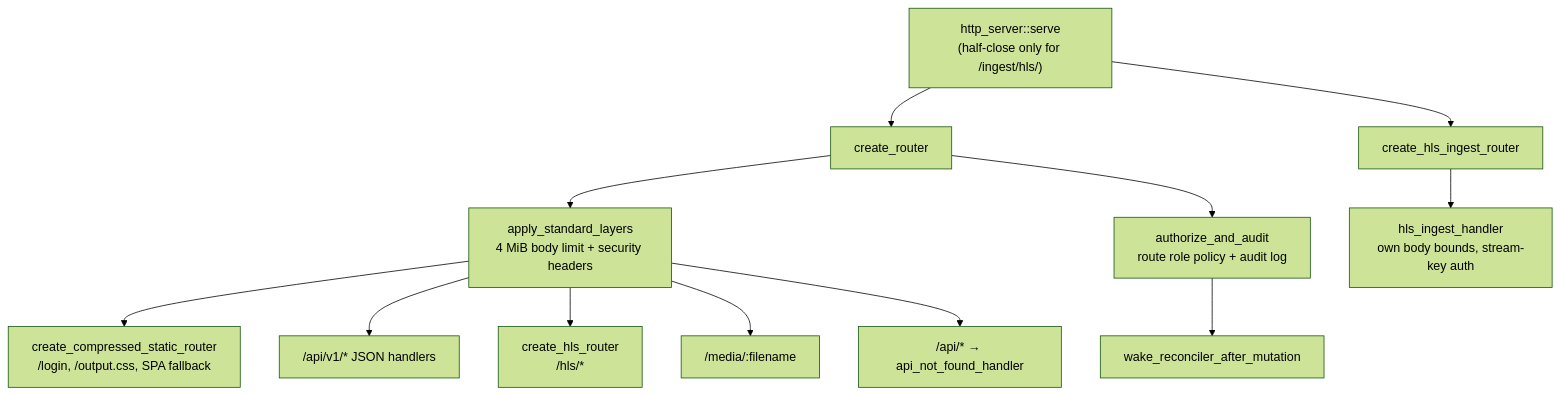
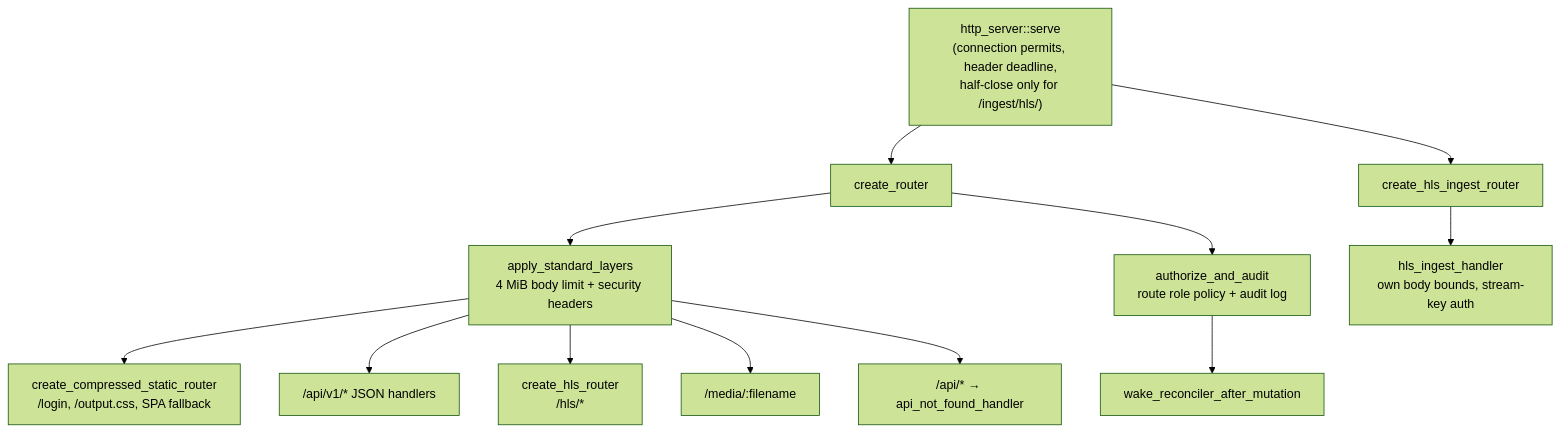
One commit to krsna1729/restream changed the first of 3 diagrams in docs/api-reference.md. Above: the diagram before and after it, drawn with Mermaid (forest theme). The commit also changed other lines of this file and 8 other files, not shown here.

````diff
--- a/docs/api-reference.md
+++ b/docs/api-reference.md
@@ -75,14 +77,14 @@
 ```mermaid
 flowchart TD
-    serve["http_server::serve<br/>(half-close only for /ingest/hls/)"] --> app["create_router"]
+    serve["http_server::serve<br/>(connection permits, header deadline,<br/>half-close only for /ingest/hls/)"] --> app["create_router"]
     serve --> ingest["create_hls_ingest_router"]
     app --> layers["apply_standard_layers<br/>4 MiB body limit + security headers"]
     app --> roles["authorize_and_audit<br/>route role policy + audit log"]
     roles --> wake["wake_reconciler_after_mutation"]
     layers --> staticDocs["create_compressed_static_router<br/>/login, /output.css, SPA fallback"]
     layers --> api["/api/v1/* JSON handlers"]
     layers --> hls["create_hls_router<br/>/hls/*"]
     layers --> media["/media/:filename"]
     layers --> notfound["/api/* → api_not_found_handler"]
     ingest --> push["hls_ingest_handler<br/>own body bounds, stream-key auth"]
 ```
````
